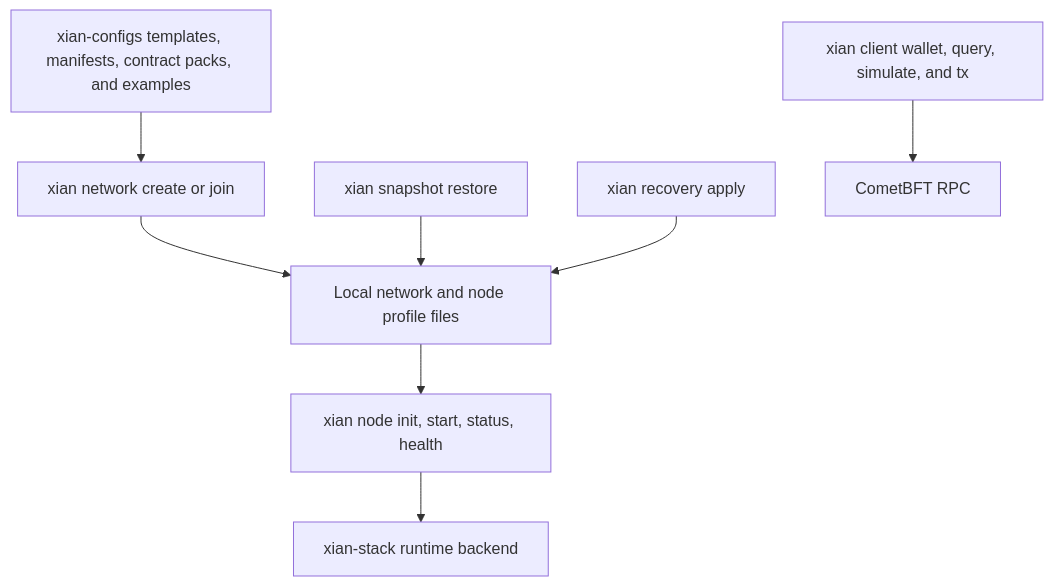
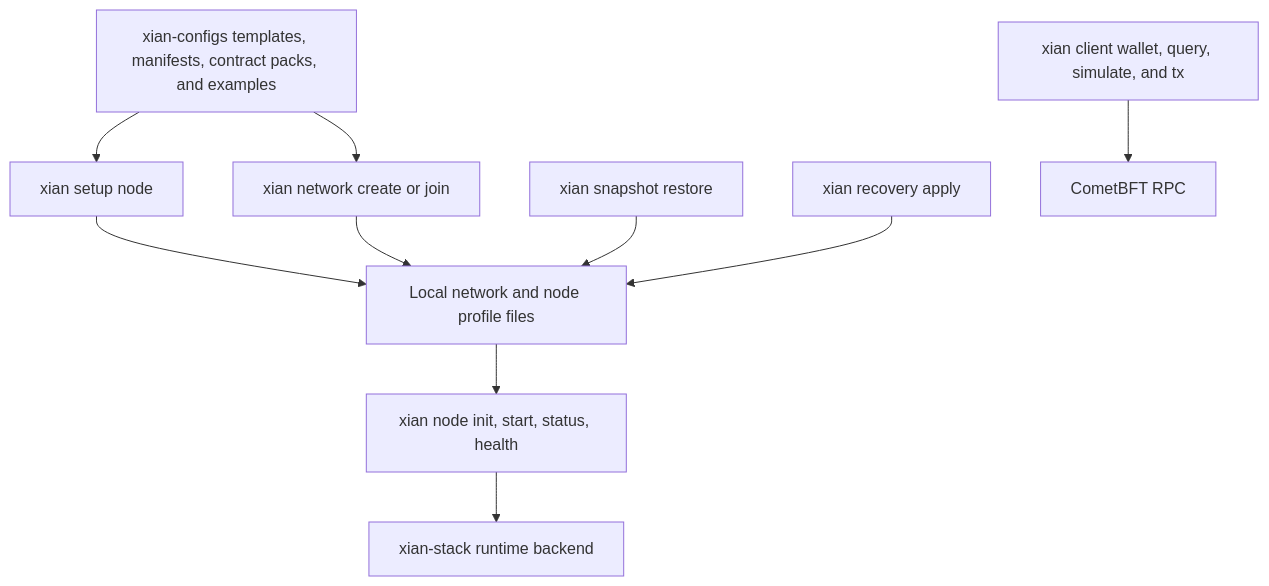
One commit to xian-technology/xian-docs-web changed the diagram in tools/xian-cli.md. Above: the diagram before and after it, drawn with Mermaid. The commit also changed other lines of this file and 2 other files, not shown here.

Commit message:
Document guided node setup wizard

````diff
--- a/tools/xian-cli.md
+++ b/tools/xian-cli.md
@@ -69,20 +71,23 @@
 ```mermaid
 flowchart TD
   Catalog["xian-configs templates, manifests, contract packs, and examples"]
+  Setup["xian setup node"]
   Network["xian network create or join"]
   Profile["Local network and node profile files"]
   Node["xian node init, start, status, health"]
   Stack["xian-stack runtime backend"]
   Snapshot["xian snapshot restore"]
   Recovery["xian recovery apply"]
   Client["xian client wallet, query, simulate, and tx"]
   RPC["CometBFT RPC"]
 
   Catalog --> Network
+  Catalog --> Setup
+  Setup --> Profile
   Network --> Profile
   Profile --> Node
   Node --> Stack
   Snapshot --> Profile
   Recovery --> Profile
   Client --> RPC
 ```
````
